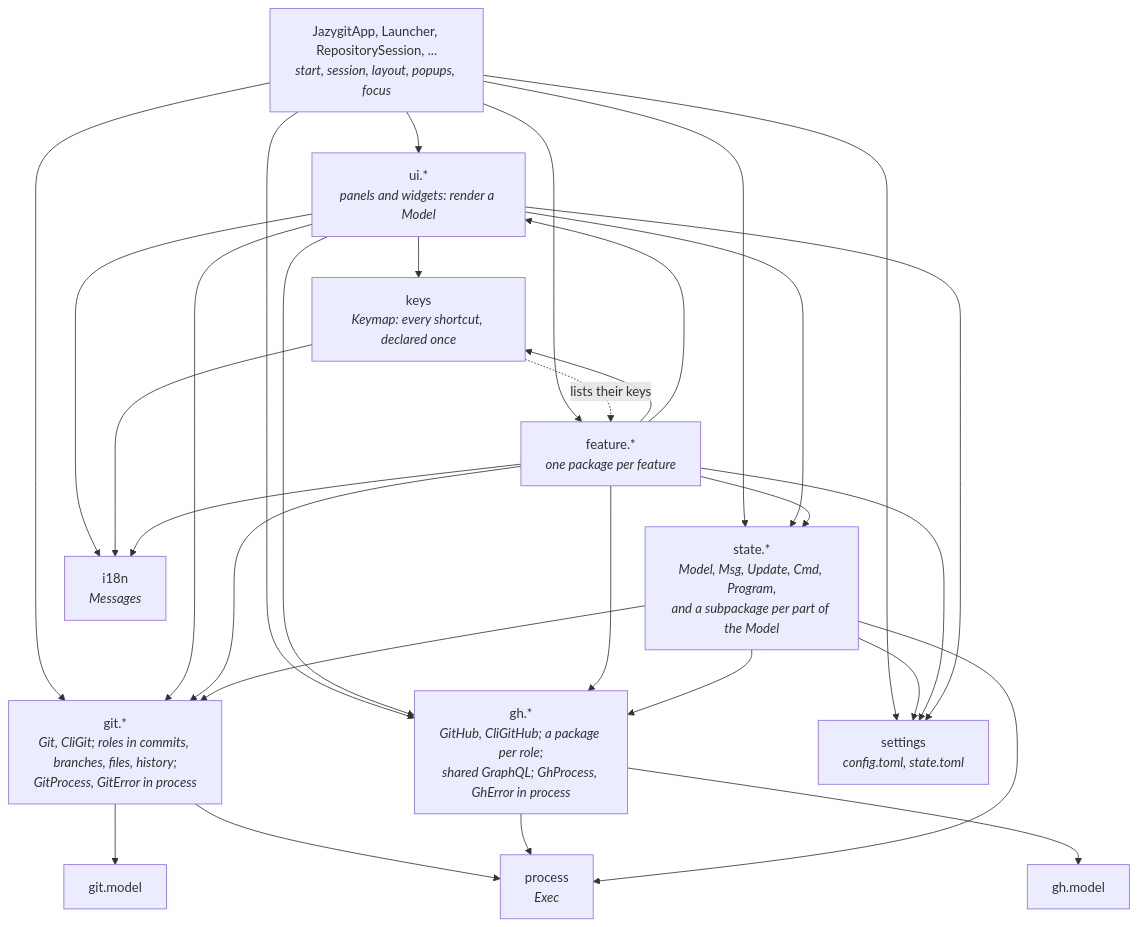
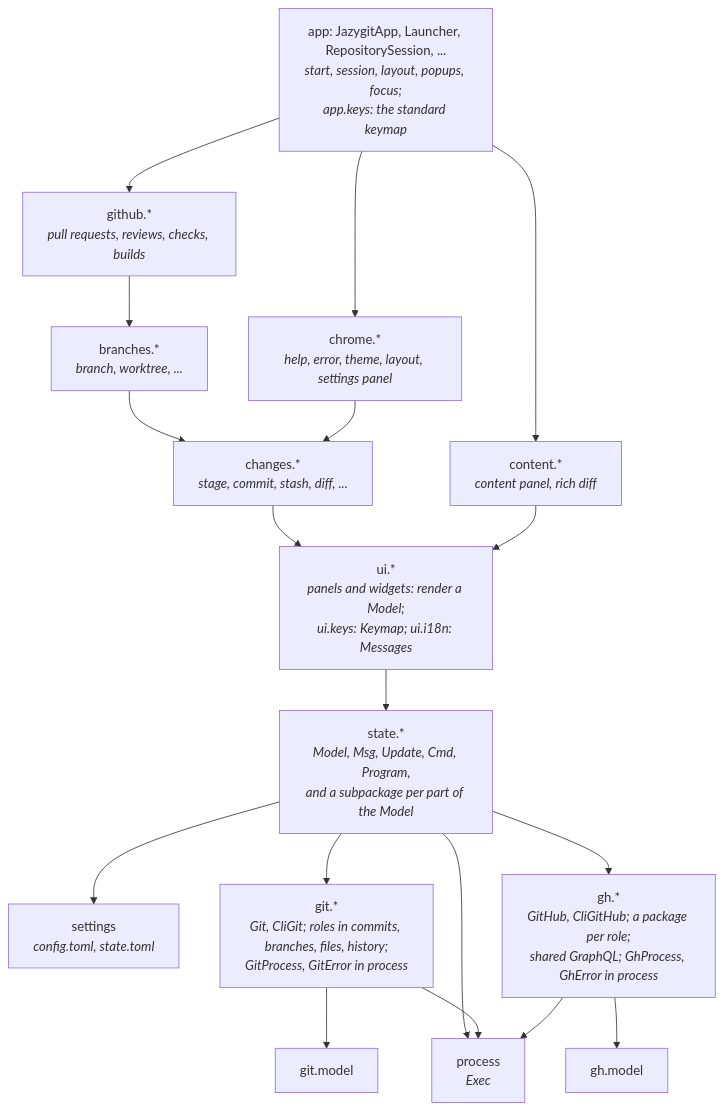
Before and after one commit to cvanfleteren/jazygit: the first of 4 diagrams in ARCHITECTURE.md, drawn with Mermaid. The commit also changed other lines of this file and 1846 other files, not shown here.

````diff
--- a/ARCHITECTURE.md
+++ b/ARCHITECTURE.md
@@ -40,45 +58,35 @@
 ```mermaid
 graph TD
-    App["JazygitApp, Launcher, RepositorySession, ...<br/><i>start, session, layout, popups, focus</i>"]
-    UI["ui.*<br/><i>panels and widgets: render a Model</i>"]
-    Keys["keys<br/><i>Keymap: every shortcut, declared once</i>"]
-    Feature["feature.*<br/><i>one package per feature</i>"]
+    App["app: JazygitApp, Launcher, RepositorySession, ...<br/><i>start, session, layout, popups, focus;<br/>app.keys: the standard keymap</i>"]
+    Chrome["chrome.*<br/><i>help, error, theme, layout, settings panel</i>"]
+    Github["github.*<br/><i>pull requests, reviews, checks, builds</i>"]
+    Branches["branches.*<br/><i>branch, worktree, ...</i>"]
+    Changes["changes.*<br/><i>stage, commit, stash, diff, ...</i>"]
+    Content["content.*<br/><i>content panel, rich diff</i>"]
+    UI["ui.*<br/><i>panels and widgets: render a Model;<br/>ui.keys: Keymap; ui.i18n: Messages</i>"]
     State["state.*<br/><i>Model, Msg, Update, Cmd, Program,<br/>and a subpackage per part of the Model</i>"]
+    Settings["settings<br/><i>config.toml, state.toml</i>"]
     Git["git.*<br/><i>Git, CliGit; roles in commits, branches, files, history;<br/>GitProcess, GitError in process</i>"]
     GitModel["git.model"]
     Gh["gh.*<br/><i>GitHub, CliGitHub; a package per role;<br/>shared GraphQL; GhProcess, GhError in process</i>"]
     GhModel["gh.model"]
     Process["process<br/><i>Exec</i>"]
-    I18n["i18n<br/><i>Messages</i>"]
-    Settings["settings<br/><i>config.toml, state.toml</i>"]
 
-    App --> UI
-    App --> State
-    App --> Feature
-    App --> Git
-    App --> Gh
-    UI --> Keys
+    App --> Chrome
+    App --> Github
+    Github --> Branches
+    Branches --> Changes
+    Chrome --> Changes
+    Changes --> UI
+    App --> Content
+    Content --> UI
     UI --> State
-    UI --> Git
-    UI --> Gh
-    Keys -. "lists their keys" .-> Feature
-    Feature --> Keys
-    Feature --> UI
-    Feature --> State
-    Feature --> Git
+    State --> Settings
     State --> Git
+    State --> Gh
+    State --> Process
     Git --> GitModel
-    Feature --> Gh
-    State --> Gh
     Gh --> GhModel
     Git --> Process
     Gh --> Process
-    State --> Process
-    UI --> I18n
-    App --> Settings
-    State --> Settings
-    Feature --> Settings
-    UI --> Settings
-    Keys --> I18n
-    Feature --> I18n
 ```
````
